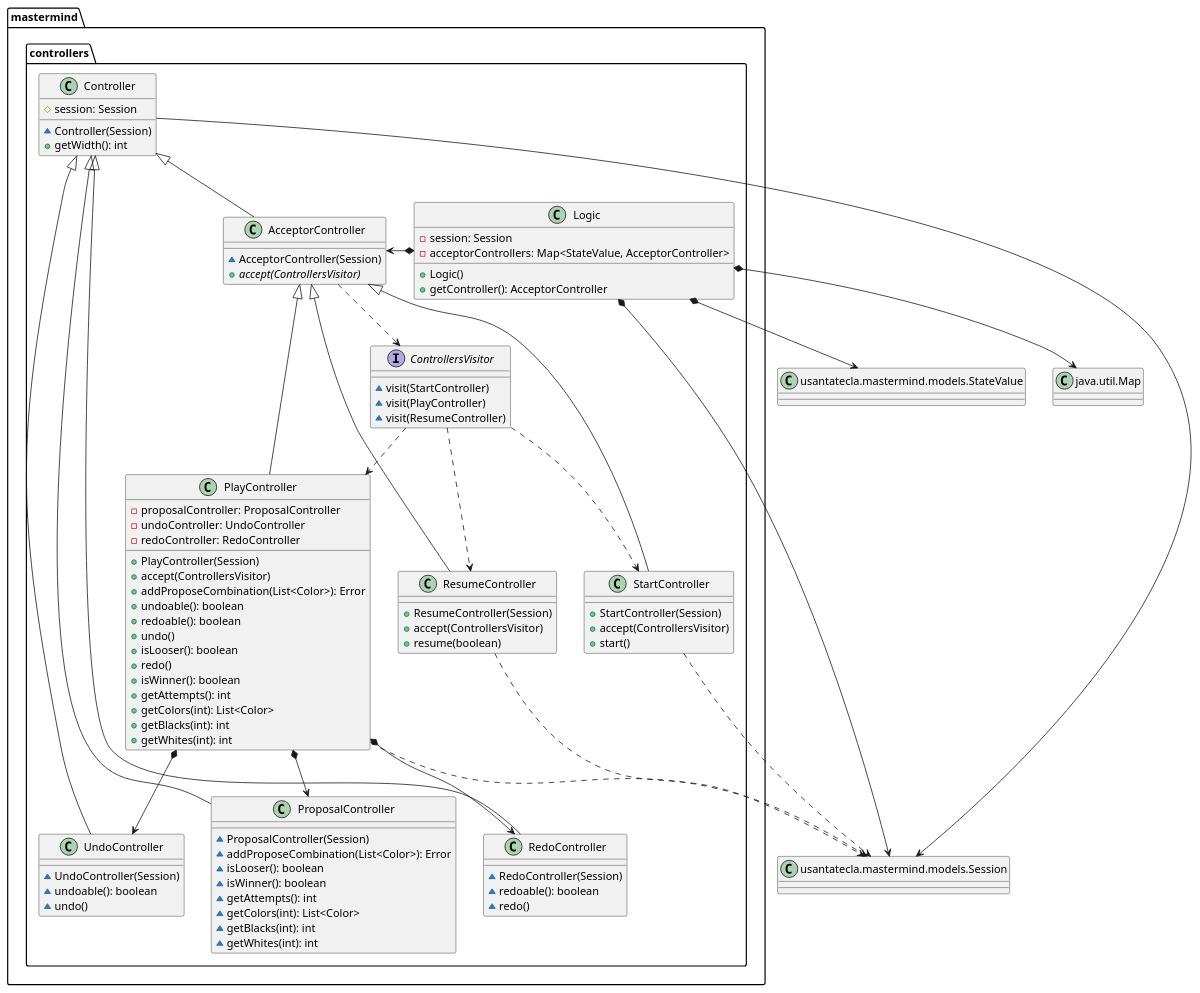
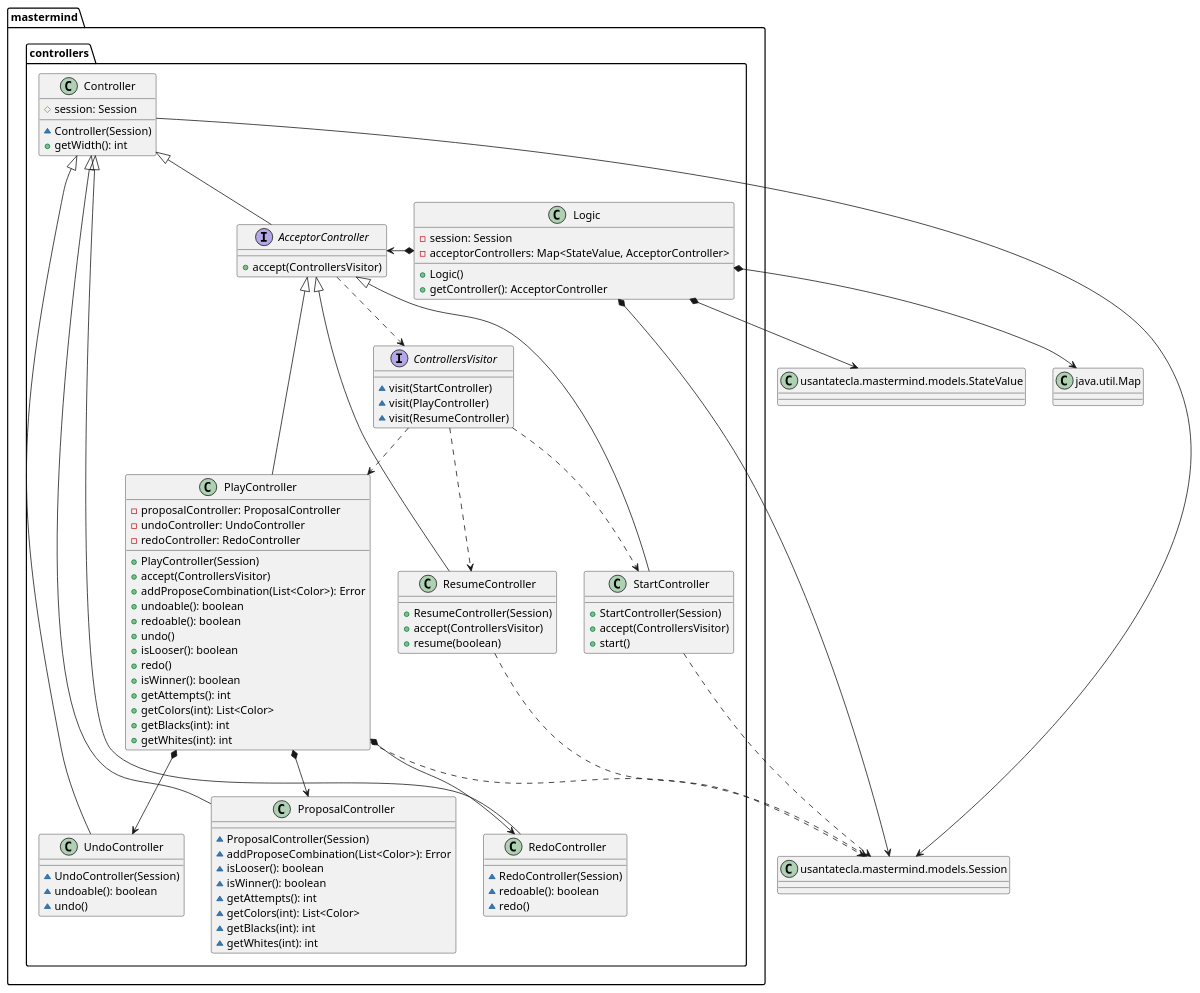
Before and after one commit to SantaTecla-mastermind/solution.java.swing.socket.sql: the third of 5 diagrams in modelViewPresenter/presentationModel/withComposite/docs/diagrams/src/paquetes.plantuml, drawn with PlantUML. The commit also changed 11 other files, not shown here.

```diff
--- a/modelViewPresenter/presentationModel/withComposite/docs/diagrams/src/paquetes.plantuml
+++ b/modelViewPresenter/presentationModel/withComposite/docs/diagrams/src/paquetes.plantuml
@@ -217,116 +217,115 @@
 @startuml usantatecla.mastermind.controllers
 class Map as "java.util.Map" {
 
 
 }
 class Session as "usantatecla.mastermind.models.Session" {
 
 
 }
 class StateValue as "usantatecla.mastermind.models.StateValue" {
 
 
 }
-class  mastermind.controllers.AcceptorController{
-~ AcceptorController(Session)
-+ {abstract} accept(ControllersVisitor)
+interface  mastermind.controllers.AcceptorController{
++ accept(ControllersVisitor)
 }
 mastermind.controllers.Controller <|-down- mastermind.controllers.AcceptorController
 mastermind.controllers.AcceptorController ..> mastermind.controllers.ControllersVisitor
 
 class  mastermind.controllers.Controller{
 # session: Session
 ~ Controller(Session)
 + getWidth(): int
 }
 mastermind.controllers.Controller -down-> Session
 
 
 interface  mastermind.controllers.ControllersVisitor{
 ~ visit(StartController)
 ~ visit(PlayController)
 ~ visit(ResumeController)
 }
 mastermind.controllers.ControllersVisitor ..> mastermind.controllers.ResumeController
 mastermind.controllers.ControllersVisitor ..> mastermind.controllers.StartController
 mastermind.controllers.ControllersVisitor ..> mastermind.controllers.PlayController
 
 class  mastermind.controllers.Logic{
 - session: Session
 - acceptorControllers: Map<StateValue, AcceptorController>
 + Logic()
 + getController(): AcceptorController
 }
 
 mastermind.controllers.Logic *-down-> Session
 mastermind.controllers.Logic *-down-> StateValue
 mastermind.controllers.Logic *-down-> Map
 
 mastermind.controllers.Logic *-> mastermind.controllers.AcceptorController
 
 class  mastermind.controllers.PlayController{
 - proposalController: ProposalController
 - undoController: UndoController
 - redoController: RedoController
 + PlayController(Session)
 + accept(ControllersVisitor)
 + addProposeCombination(List<Color>): Error
 + undoable(): boolean
 + redoable(): boolean
 + undo()
 + isLooser(): boolean
 + redo()
 + isWinner(): boolean
 + getAttempts(): int
 + getColors(int): List<Color>
 + getBlacks(int): int
 + getWhites(int): int
 }
 mastermind.controllers.AcceptorController <|-down- mastermind.controllers.PlayController
 mastermind.controllers.PlayController *-down-> mastermind.controllers.RedoController
 mastermind.controllers.PlayController *-down-> mastermind.controllers.UndoController
 mastermind.controllers.PlayController *-down-> mastermind.controllers.ProposalController
 mastermind.controllers.PlayController ..> Session
 
 class  mastermind.controllers.ProposalController{
 ~ ProposalController(Session)
 ~ addProposeCombination(List<Color>): Error
 ~ isLooser(): boolean
 ~ isWinner(): boolean
 ~ getAttempts(): int
 ~ getColors(int): List<Color>
 ~ getBlacks(int): int
 ~ getWhites(int): int
 }
 mastermind.controllers.Controller <|-down- mastermind.controllers.ProposalController
 
 class  mastermind.controllers.RedoController{
 ~ RedoController(Session)
 ~ redoable(): boolean
 ~ redo()
 }
 mastermind.controllers.Controller <|-down- mastermind.controllers.RedoController
 
 class  mastermind.controllers.ResumeController{
 + ResumeController(Session)
 + accept(ControllersVisitor)
 + resume(boolean)
 }
 mastermind.controllers.AcceptorController <|-down- mastermind.controllers.ResumeController
 mastermind.controllers.ResumeController ..> Session
 
 class  mastermind.controllers.StartController{
 + StartController(Session)
 + accept(ControllersVisitor)
 + start()
 }
 mastermind.controllers.AcceptorController <|-down- mastermind.controllers.StartController
 mastermind.controllers.StartController ..> Session
 
 class  mastermind.controllers.UndoController{
 ~ UndoController(Session)
 ~ undoable(): boolean
 ~ undo()
 }
 mastermind.controllers.Controller <|-down- mastermind.controllers.UndoController
 @enduml
```
